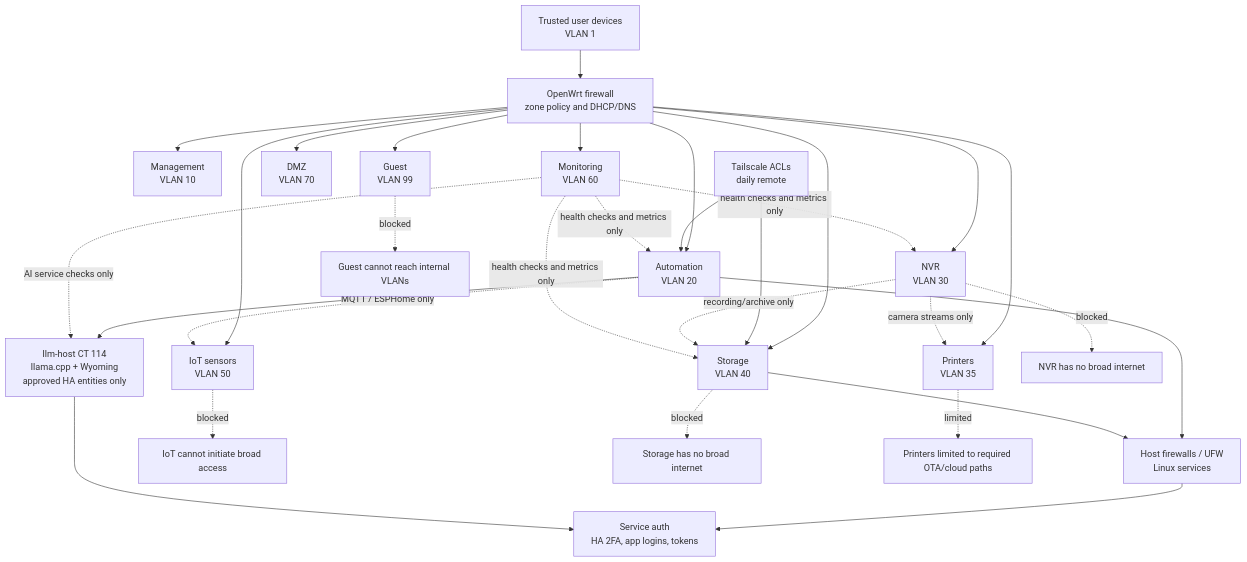
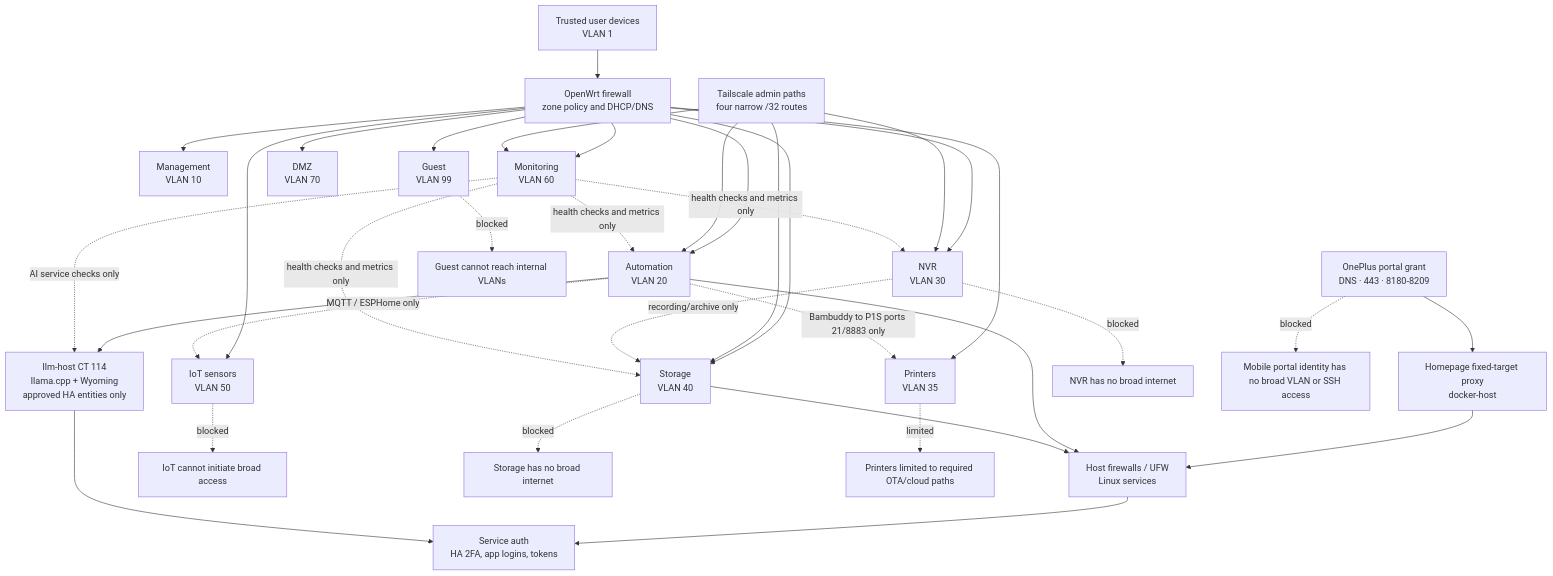
Before and after one commit to Nysplaidame/home-automation-project: the diagram in main/docs/diagrams/network/security-access-flow.mermaid, drawn with Mermaid. The commit also changed 60 other files, not shown here.

First line of the commit message:
docs(architecture): reconcile live system

```diff
--- a/main/docs/diagrams/network/security-access-flow.mermaid
+++ b/main/docs/diagrams/network/security-access-flow.mermaid
@@ -1,55 +1,63 @@
 flowchart TB
     User["Trusted user devices<br/>VLAN 1"]
     Router["OpenWrt firewall<br/>zone policy and DHCP/DNS"]
     Mgmt["Management<br/>VLAN 10"]
     Automation["Automation<br/>VLAN 20"]
     NVR["NVR<br/>VLAN 30"]
     Printers["Printers<br/>VLAN 35"]
     Storage["Storage<br/>VLAN 40"]
     IoT["IoT sensors<br/>VLAN 50"]
     Monitoring["Monitoring<br/>VLAN 60"]
     DMZ["DMZ<br/>VLAN 70"]
     Guest["Guest<br/>VLAN 99"]
-    Tailscale["Tailscale ACLs<br/>daily remote"]
+    TailAdmin["Tailscale admin paths<br/>four narrow /32 routes"]
+    TailMobile["OnePlus portal grant<br/>DNS · 443 · 8180-8209"]
+    PortalProxy["Homepage fixed-target proxy<br/>docker-host"]
     HostFW["Host firewalls / UFW<br/>Linux services"]
     ServiceAuth["Service auth<br/>HA 2FA, app logins, tokens"]
     LocalAI["llm-host CT 114<br/>llama.cpp + Wyoming<br/>approved HA entities only"]
 
     User --> Router
     Router --> Mgmt
     Router --> Automation
     Router --> NVR
     Router --> Printers
     Router --> Storage
     Router --> IoT
     Router --> Monitoring
     Router --> DMZ
     Router --> Guest
 
-    Tailscale --> Automation
-    Tailscale --> Storage
+    TailAdmin --> Automation
+    TailAdmin --> NVR
+    TailAdmin --> Storage
+    TailAdmin --> Monitoring
+    TailMobile --> PortalProxy
+    PortalProxy --> HostFW
     Automation --> HostFW
     Automation --> LocalAI
     Storage --> HostFW
     HostFW --> ServiceAuth
     LocalAI --> ServiceAuth
 
     Automation -.->|"MQTT / ESPHome only"| IoT
-    NVR -.->|"camera streams only"| Printers
     NVR -.->|"recording/archive only"| Storage
+    Automation -.->|"Bambuddy to P1S ports 21/8883 only"| Printers
     Monitoring -.->|"health checks and metrics only"| Automation
     Monitoring -.->|"AI service checks only"| LocalAI
     Monitoring -.->|"health checks and metrics only"| NVR
     Monitoring -.->|"health checks and metrics only"| Storage
 
     GuestX["Guest cannot reach internal VLANs"]
     IoTX["IoT cannot initiate broad access"]
     StorageX["Storage has no broad internet"]
     NVRX["NVR has no broad internet"]
     PrinterX["Printers limited to required OTA/cloud paths"]
+    TailX["Mobile portal identity has no broad VLAN or SSH access"]
 
     Guest -.->|"blocked"| GuestX
     IoT -.->|"blocked"| IoTX
     Storage -.->|"blocked"| StorageX
     NVR -.->|"blocked"| NVRX
     Printers -.->|"limited"| PrinterX
+    TailMobile -.->|"blocked"| TailX
```
